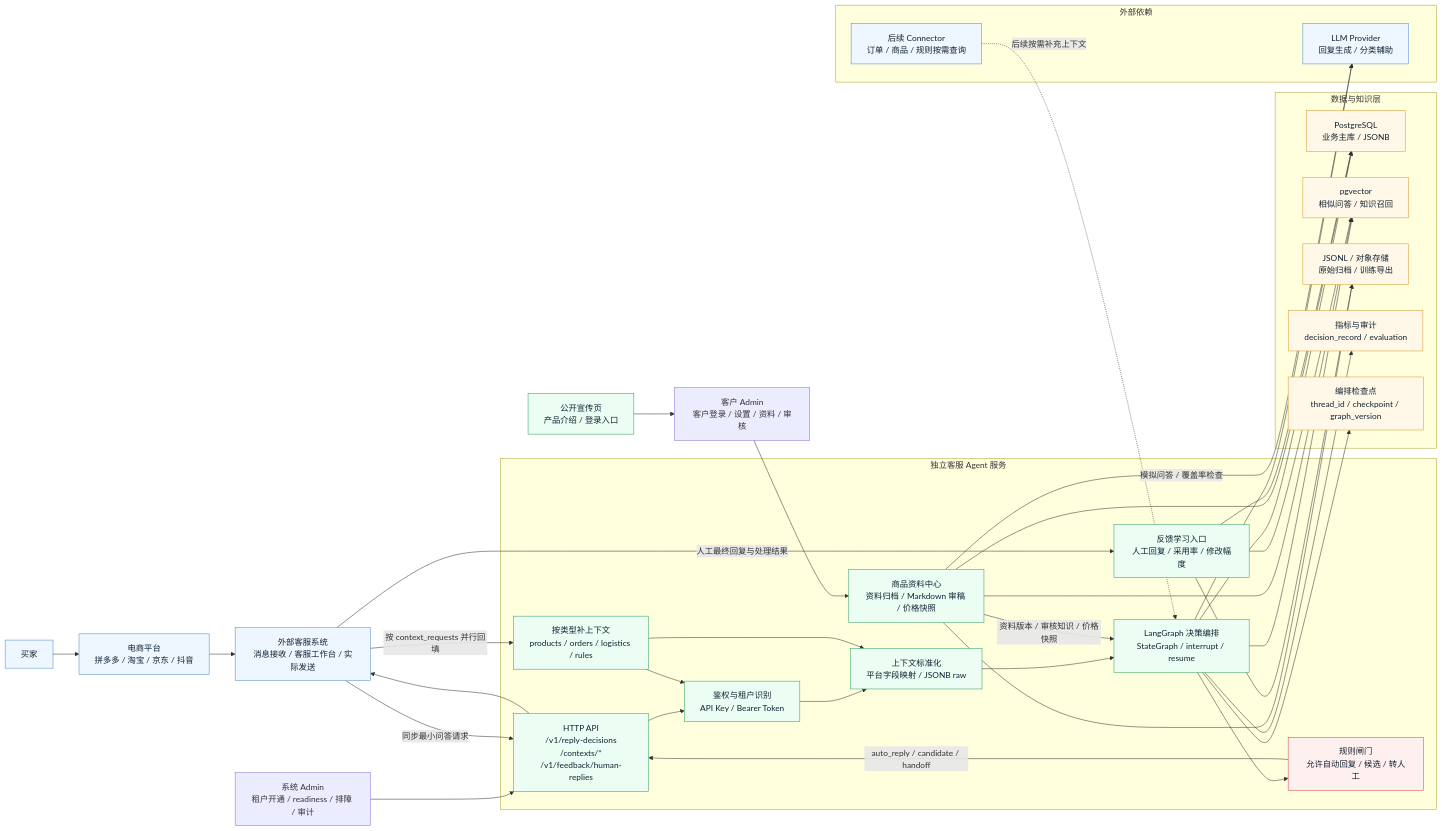
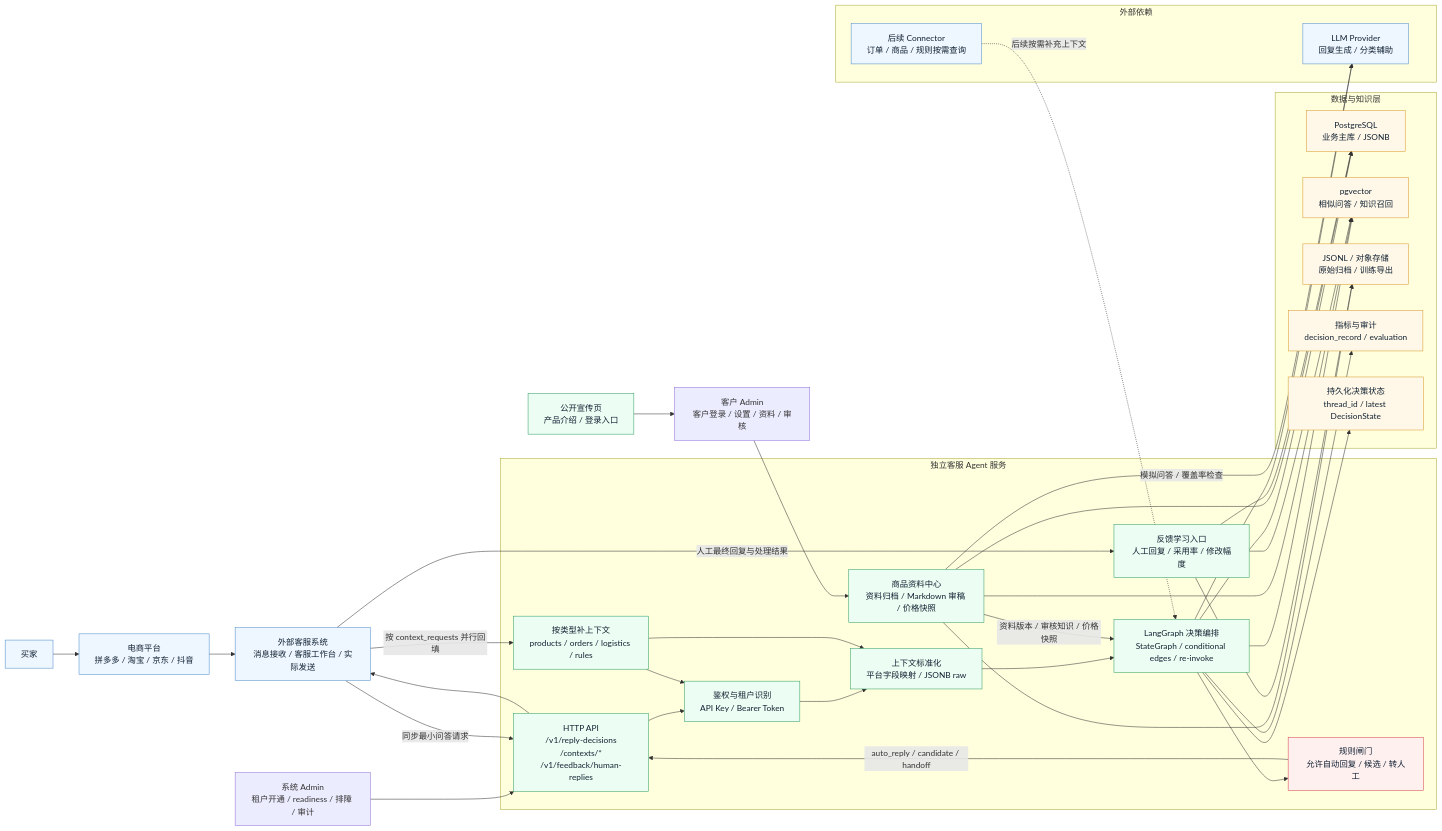
Before and after one commit to liuyenhui/ecommerce-cs-agent: the first of 10 diagrams in docs/system-architecture.md, drawn with Mermaid. The commit also changed other lines of this file and 14 other files, not shown here.

````diff
--- a/docs/system-architecture.md
+++ b/docs/system-architecture.md
@@ -23,67 +23,67 @@
 ```mermaid
 flowchart LR
   Buyer["买家"]
   Platform["电商平台\n拼多多 / 淘宝 / 京东 / 抖音"]
   ExternalCS["外部客服系统\n消息接收 / 客服工作台 / 实际发送"]
 
   subgraph Agent["独立客服 Agent 服务"]
     API["HTTP API\n/v1/reply-decisions\n/contexts/*\n/v1/feedback/human-replies"]
     Auth["鉴权与租户识别\nAPI Key / Bearer Token"]
     Normalize["上下文标准化\n平台字段映射 / JSONB raw"]
     ContextRefill["按类型补上下文\nproducts / orders / logistics / rules"]
     ProductContent["商品资料中心\n资料归档 / Markdown 审稿 / 价格快照"]
-    Decision["LangGraph 决策编排\nStateGraph / interrupt / resume"]
+    Decision["LangGraph 决策编排\nStateGraph / conditional edges / re-invoke"]
     RuleGate["规则闸门\n允许自动回复 / 候选 / 转人工"]
     Feedback["反馈学习入口\n人工回复 / 采用率 / 修改幅度"]
   end
 
   subgraph Data["数据与知识层"]
     PG["PostgreSQL\n业务主库 / JSONB"]
     Vector["pgvector\n相似问答 / 知识召回"]
     Archive["JSONL / 对象存储\n原始归档 / 训练导出"]
     Metrics["指标与审计\ndecision_record / evaluation"]
-    Checkpoint["编排检查点\nthread_id / checkpoint / graph_version"]
+    Checkpoint["持久化决策状态\nthread_id / latest DecisionState"]
   end
 
   subgraph External["外部依赖"]
     LLM["LLM Provider\n回复生成 / 分类辅助"]
     FutureConnector["后续 Connector\n订单 / 商品 / 规则按需查询"]
   end
 
   Buyer --> Platform --> ExternalCS
   Landing["公开宣传页\n产品介绍 / 登录入口"] --> CustomerAdmin["客户 Admin\n客户登录 / 设置 / 资料 / 审核"]
   SystemAdmin["系统 Admin\n租户开通 / readiness / 排障 / 审计"] --> API
   CustomerAdmin --> ProductContent
   ExternalCS -- "同步最小问答请求" --> API
   ExternalCS -- "按 context_requests 并行回填" --> ContextRefill
   API --> Auth --> Normalize --> Decision
   ContextRefill --> Auth
   ContextRefill --> Normalize
   ProductContent -- "资料版本 / 审核知识 / 价格快照" --> Decision
   Decision --> Vector
   Decision --> PG
   Decision --> Checkpoint
   Decision --> LLM
   ProductContent --> PG
   ProductContent --> Vector
   ProductContent --> Archive
   ProductContent -- "模拟问答 / 覆盖率检查" --> LLM
   Decision --> RuleGate
   RuleGate -- "auto_reply / candidate / handoff" --> API
   API --> ExternalCS
   ExternalCS -- "人工最终回复与处理结果" --> Feedback
   Feedback --> PG
   Feedback --> Vector
   Feedback --> Archive
   Decision --> Metrics
   FutureConnector -. "后续按需补充上下文" .-> Decision
 
   classDef external fill:#eef6ff,stroke:#4f8cc9,color:#123;
   classDef service fill:#ecfdf3,stroke:#2f9e62,color:#123;
   classDef data fill:#fff8e8,stroke:#d79a2b,color:#123;
   classDef risk fill:#fff0f0,stroke:#d64545,color:#123;
   class Buyer,Platform,ExternalCS,LLM,FutureConnector external;
   class Landing,Admin,API,Auth,Normalize,ContextRefill,ProductContent,Decision,Feedback service;
   class PG,Vector,Archive,Metrics,Checkpoint data;
   class RuleGate risk;
 ```
````
